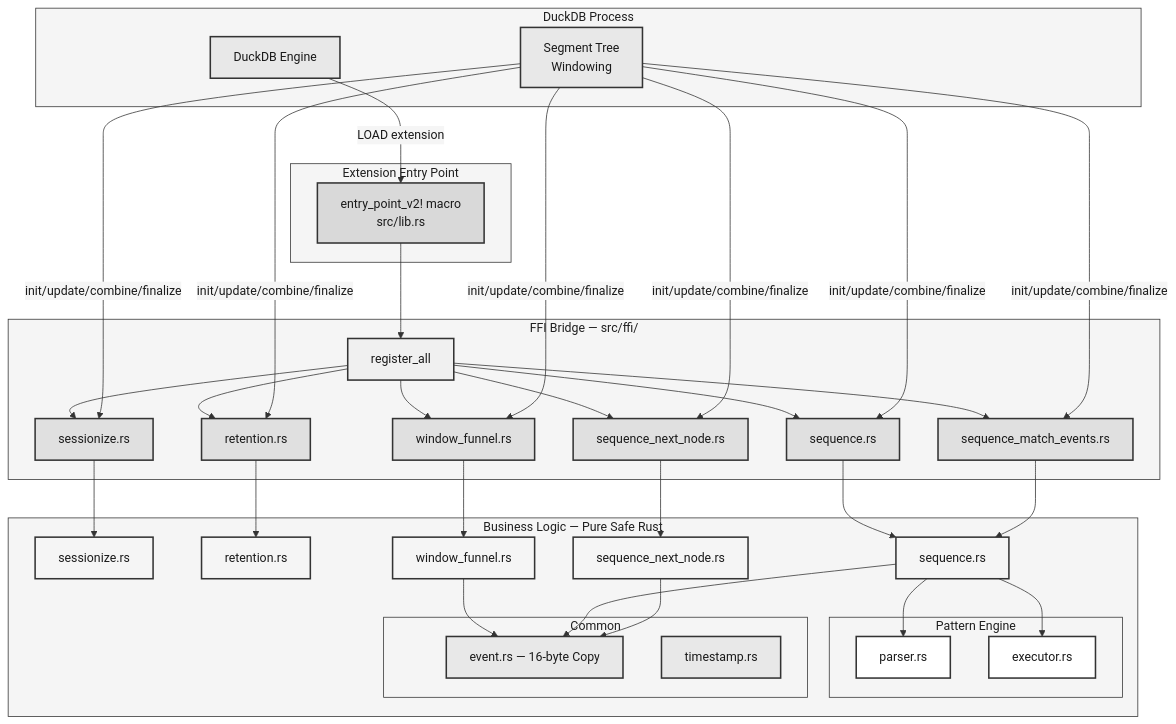
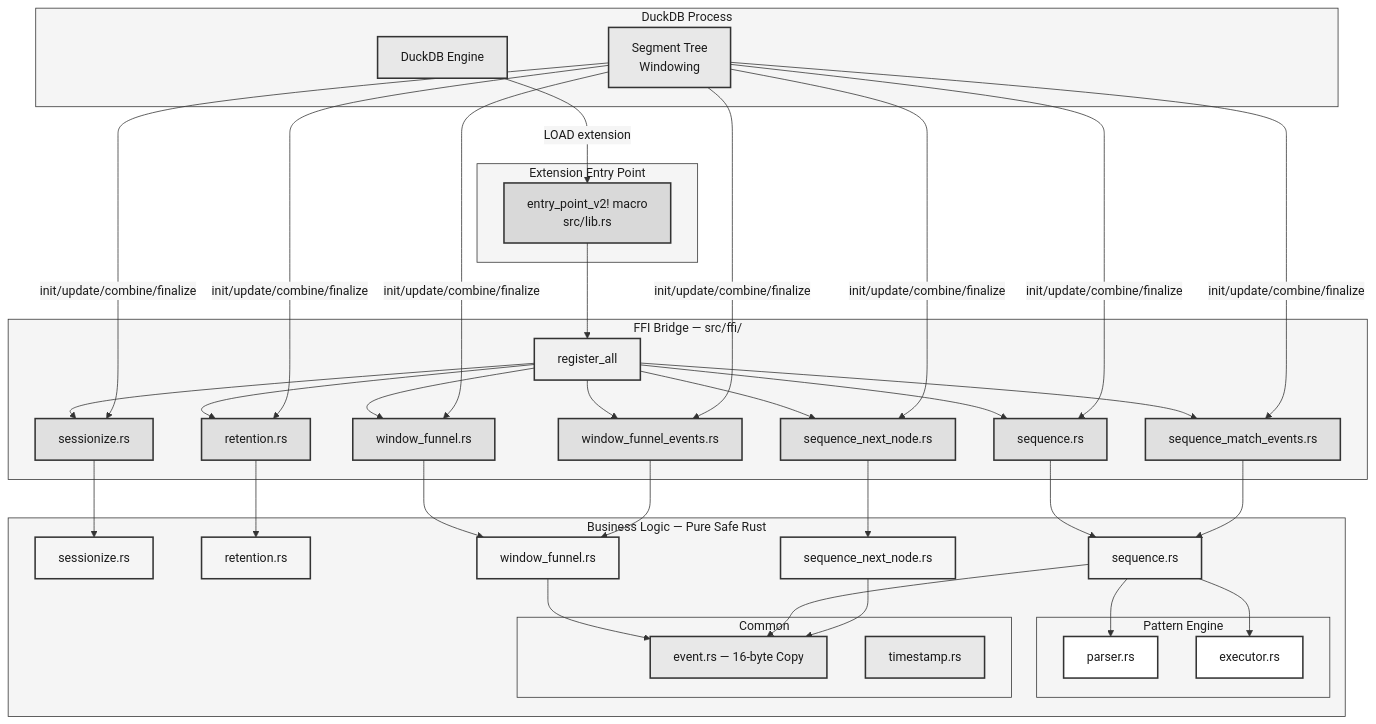
One commit to tomtom215/duckdb-behavioral changed the first of 4 diagrams in docs/src/engineering.md. Above: the diagram before and after it, drawn with Mermaid. The commit also changed other lines of this file and 6 other files, not shown here.

````diff
--- a/docs/src/engineering.md
+++ b/docs/src/engineering.md
@@ -39,73 +39,76 @@
 ```mermaid
 %%{init: {'theme': 'base', 'themeVariables': {'primaryColor': '#ffffff', 'primaryTextColor': '#1a1a1a', 'primaryBorderColor': '#333333', 'lineColor': '#333333', 'secondaryColor': '#f5f5f5', 'tertiaryColor': '#e0e0e0', 'textColor': '#1a1a1a', 'mainBkg': '#ffffff', 'clusterBkg': '#f5f5f5', 'clusterBorder': '#333333'}}}%%
 graph TB
     subgraph "DuckDB Process"
         DDB[DuckDB Engine]
         SEG[Segment Tree<br/>Windowing]
     end
 
     subgraph "Extension Entry Point"
         EP[entry_point_v2! macro<br/>src/lib.rs]
     end
 
     subgraph "FFI Bridge — src/ffi/"
         REG[register_all]
         FS[sessionize.rs]
         FR[retention.rs]
         FW[window_funnel.rs]
+        FWE[window_funnel_events.rs]
         FQ[sequence.rs]
         FE[sequence_match_events.rs]
         FN[sequence_next_node.rs]
     end
 
     subgraph "Business Logic — Pure Safe Rust"
         SS[sessionize.rs]
         SR[retention.rs]
         SW[window_funnel.rs]
         SQ[sequence.rs]
         SN[sequence_next_node.rs]
         subgraph "Pattern Engine"
             PP[parser.rs]
             PE[executor.rs]
         end
         subgraph "Common"
             EV[event.rs — 16-byte Copy]
             TS[timestamp.rs]
         end
     end
 
     DDB -->|LOAD extension| EP
     EP --> REG
-    REG --> FS & FR & FW & FQ & FE & FN
-    SEG -->|init/update/combine/finalize| FS & FR & FW & FQ & FE & FN
+    REG --> FS & FR & FW & FWE & FQ & FE & FN
+    SEG -->|init/update/combine/finalize| FS & FR & FW & FWE & FQ & FE & FN
     FS --> SS
     FR --> SR
     FW --> SW
+    FWE --> SW
     FQ --> SQ
     FE --> SQ
     FN --> SN
     SQ --> PP & PE
     SW --> EV
     SQ --> EV
     SN --> EV
 
     style EP fill:#d9d9d9,stroke:#333333,stroke-width:2px,color:#1a1a1a
     style DDB fill:#e8e8e8,stroke:#333333,stroke-width:2px,color:#1a1a1a
     style SEG fill:#e8e8e8,stroke:#333333,stroke-width:2px,color:#1a1a1a
     style REG fill:#f0f0f0,stroke:#333333,stroke-width:2px,color:#1a1a1a
     style FS fill:#e0e0e0,stroke:#333333,stroke-width:2px,color:#1a1a1a
     style FR fill:#e0e0e0,stroke:#333333,stroke-width:2px,color:#1a1a1a
     style FW fill:#e0e0e0,stroke:#333333,stroke-width:2px,color:#1a1a1a
+    style FWE fill:#e0e0e0,stroke:#333333,stroke-width:2px,color:#1a1a1a
     style FQ fill:#e0e0e0,stroke:#333333,stroke-width:2px,color:#1a1a1a
     style FE fill:#e0e0e0,stroke:#333333,stroke-width:2px,color:#1a1a1a
     style FN fill:#e0e0e0,stroke:#333333,stroke-width:2px,color:#1a1a1a
     style SS fill:#f5f5f5,stroke:#333333,stroke-width:2px,color:#1a1a1a
     style SR fill:#f5f5f5,stroke:#333333,stroke-width:2px,color:#1a1a1a
     style SW fill:#f5f5f5,stroke:#333333,stroke-width:2px,color:#1a1a1a
     style SQ fill:#f5f5f5,stroke:#333333,stroke-width:2px,color:#1a1a1a
     style SN fill:#f5f5f5,stroke:#333333,stroke-width:2px,color:#1a1a1a
     style PP fill:#ffffff,stroke:#333333,stroke-width:2px,color:#1a1a1a
     style PE fill:#ffffff,stroke:#333333,stroke-width:2px,color:#1a1a1a
     style EV fill:#e8e8e8,stroke:#333333,stroke-width:2px,color:#1a1a1a
     style TS fill:#e8e8e8,stroke:#333333,stroke-width:2px,color:#1a1a1a
 ```
````
